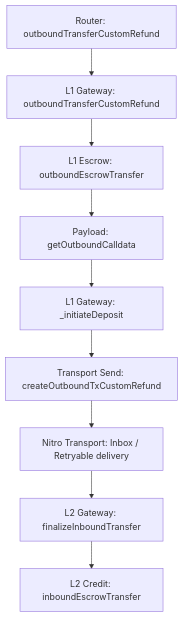
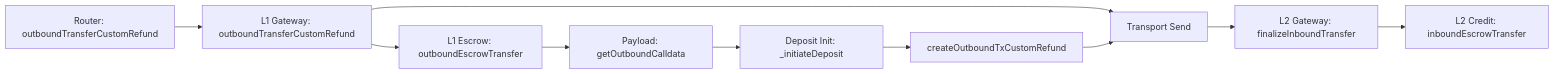
Before and after one commit to Sera5im/Sera5im-arb-erc20-bridge-review-en: the diagram in deposit-review.md, drawn with Mermaid.

Commit message:
Refine deposit flow diagram structure

````diff
--- a/deposit-review.md
+++ b/deposit-review.md
@@ -5,11 +5,10 @@
 ```mermaid
-flowchart TD
-    A["Router: outboundTransferCustomRefund"] --> B["L1 Gateway: outboundTransferCustomRefund"]
-    B --> C["L1 Escrow: outboundEscrowTransfer"]
-    C --> D["Payload: getOutboundCalldata"]
-    D --> E["L1 Gateway: _initiateDeposit"]
-    E --> F["Transport Send: createOutboundTxCustomRefund"]
-    F --> G["Nitro Transport: Inbox / Retryable delivery"]
-    G --> H["L2 Gateway: finalizeInboundTransfer"]
-    H --> I["L2 Credit: inboundEscrowTransfer"]
+flowchart LR
+    A["Router: outboundTransferCustomRefund"] --> B["L1 Gateway: outboundTransferCustomRefund"] --> C["Transport Send"] --> D["L2 Gateway: finalizeInboundTransfer"] --> E["L2 Credit: inboundEscrowTransfer"]
+
+    B --> B1["L1 Escrow: outboundEscrowTransfer"]
+    B1 --> B2["Payload: getOutboundCalldata"]
+    B2 --> B3["Deposit Init: _initiateDeposit"]
+    B3 --> B4["createOutboundTxCustomRefund"]
+    B4 --> C
 ```
````
